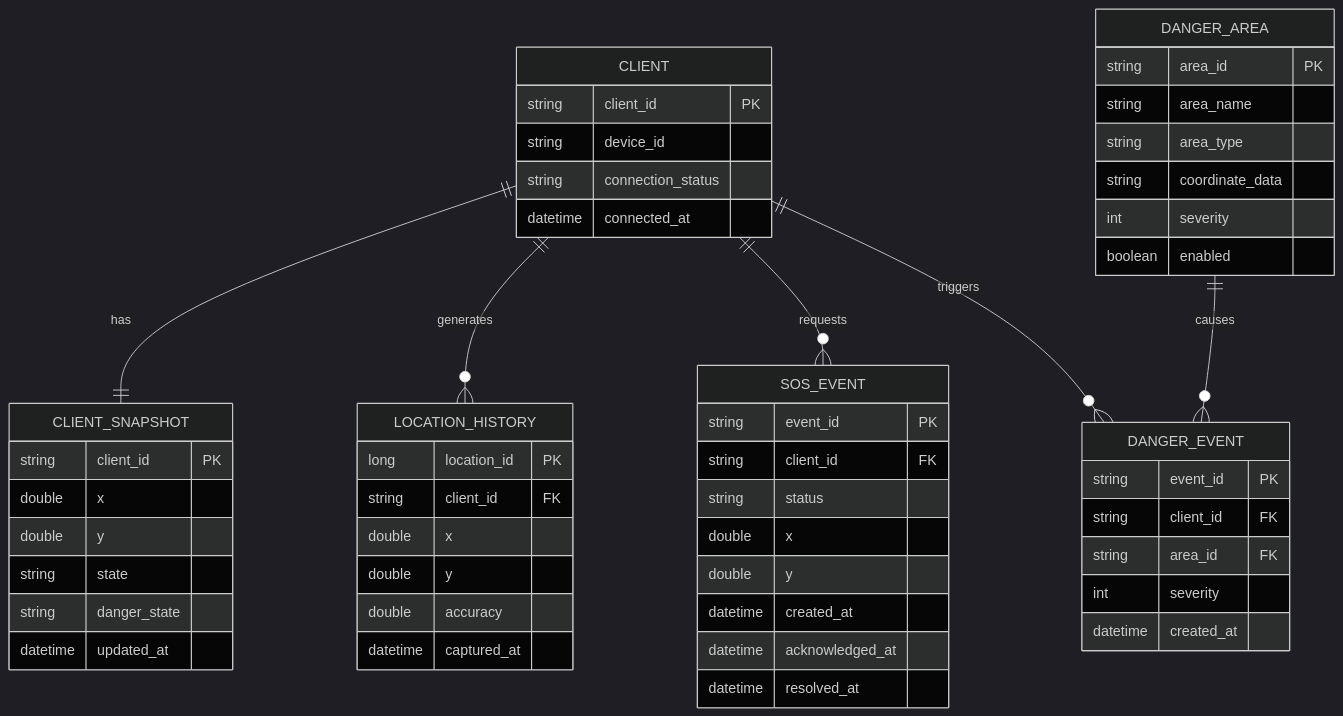
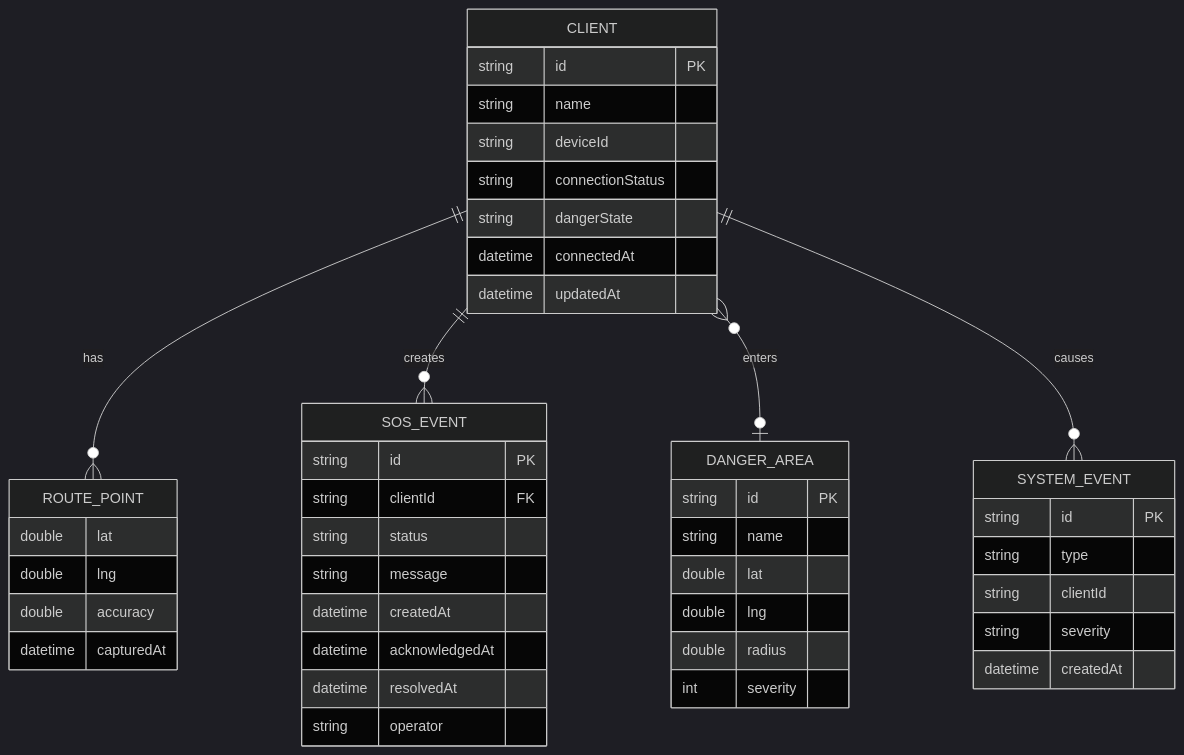
Before and after one commit to xweoze/real-time-monitoring-system: diagram 11 of 11 in Design_22212023_김지훈.md, drawn with Mermaid (dark theme). The commit also changed other lines of this file and 3 other files, not shown here.

````diff
--- a/Design_22212023_김지훈.md
+++ b/Design_22212023_김지훈.md
@@ -743,61 +444,52 @@
 ```mermaid
 erDiagram
-    CLIENT ||--|| CLIENT_SNAPSHOT : has
-    CLIENT ||--o{ LOCATION_HISTORY : generates
-    CLIENT ||--o{ SOS_EVENT : requests
-    DANGER_AREA ||--o{ DANGER_EVENT : causes
-    CLIENT ||--o{ DANGER_EVENT : triggers
+    CLIENT ||--o{ ROUTE_POINT : has
+    CLIENT ||--o{ SOS_EVENT : creates
+    CLIENT }o--o| DANGER_AREA : enters
+    CLIENT ||--o{ SYSTEM_EVENT : causes
 
     CLIENT {
-        string client_id PK
-        string device_id
-        string connection_status
-        datetime connected_at
+        string id PK
+        string name
+        string deviceId
+        string connectionStatus
+        string dangerState
+        datetime connectedAt
+        datetime updatedAt
     }
 
-    CLIENT_SNAPSHOT {
-        string client_id PK
-        double x
-        double y
-        string state
-        string danger_state
-        datetime updated_at
-    }
-
-    LOCATION_HISTORY {
-        long location_id PK
-        string client_id FK
-        double x
-        double y
+    ROUTE_POINT {
+        double lat
+        double lng
         double accuracy
-        datetime captured_at
+        datetime capturedAt
     }
 
     DANGER_AREA {
-        string area_id PK
-        string area_name
-        string area_type
-        string coordinate_data
+        string id PK
+        string name
+        double lat
+        double lng
+        double radius
         int severity
-        boolean enabled
-    }
-
-    DANGER_EVENT {
-        string event_id PK
-        string client_id FK
-        string area_id FK
-        int severity
-        datetime created_at
     }
 
     SOS_EVENT {
-        string event_id PK
-        string client_id FK
+        string id PK
+        string clientId FK
         string status
-        double x
-        double y
-        datetime created_at
-        datetime acknowledged_at
-        datetime resolved_at
+        string message
+        datetime createdAt
+        datetime acknowledgedAt
+        datetime resolvedAt
+        string operator
+    }
+
+    SYSTEM_EVENT {
+        string id PK
+        string type
+        string clientId
+        string severity
+        datetime createdAt
     }
 ```
````
